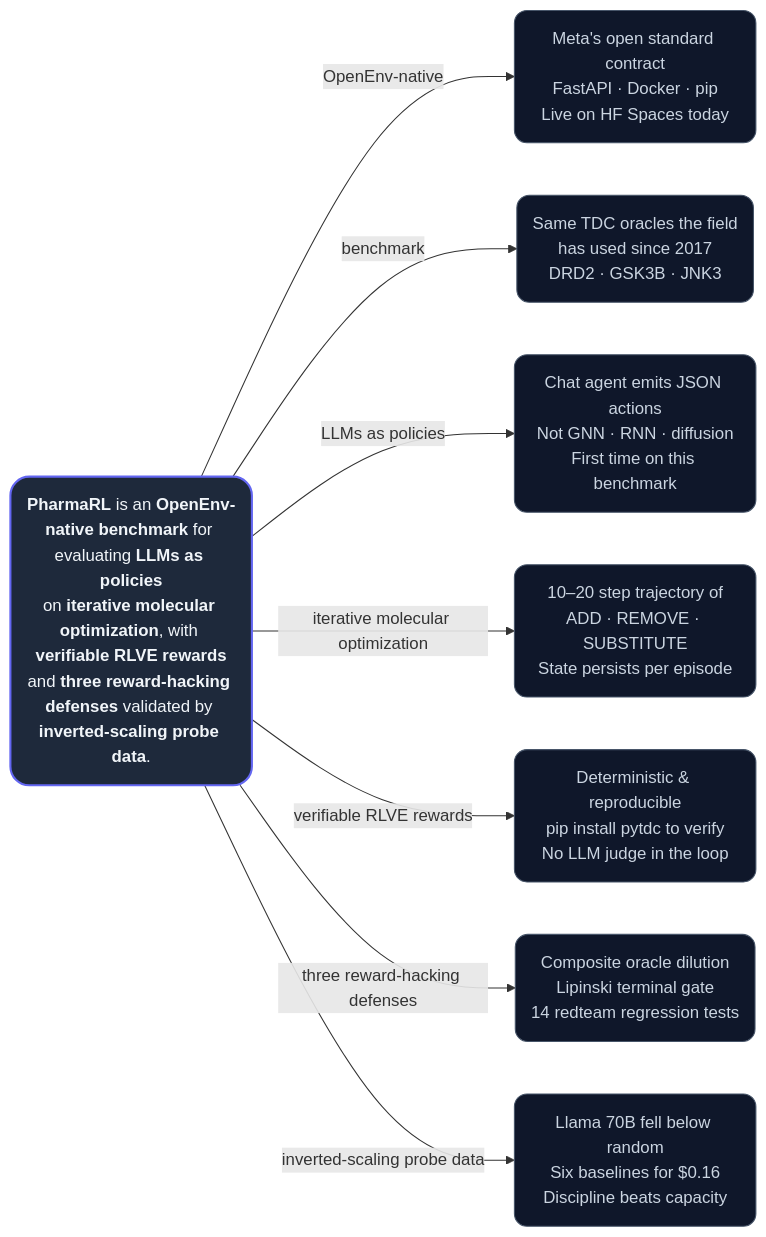
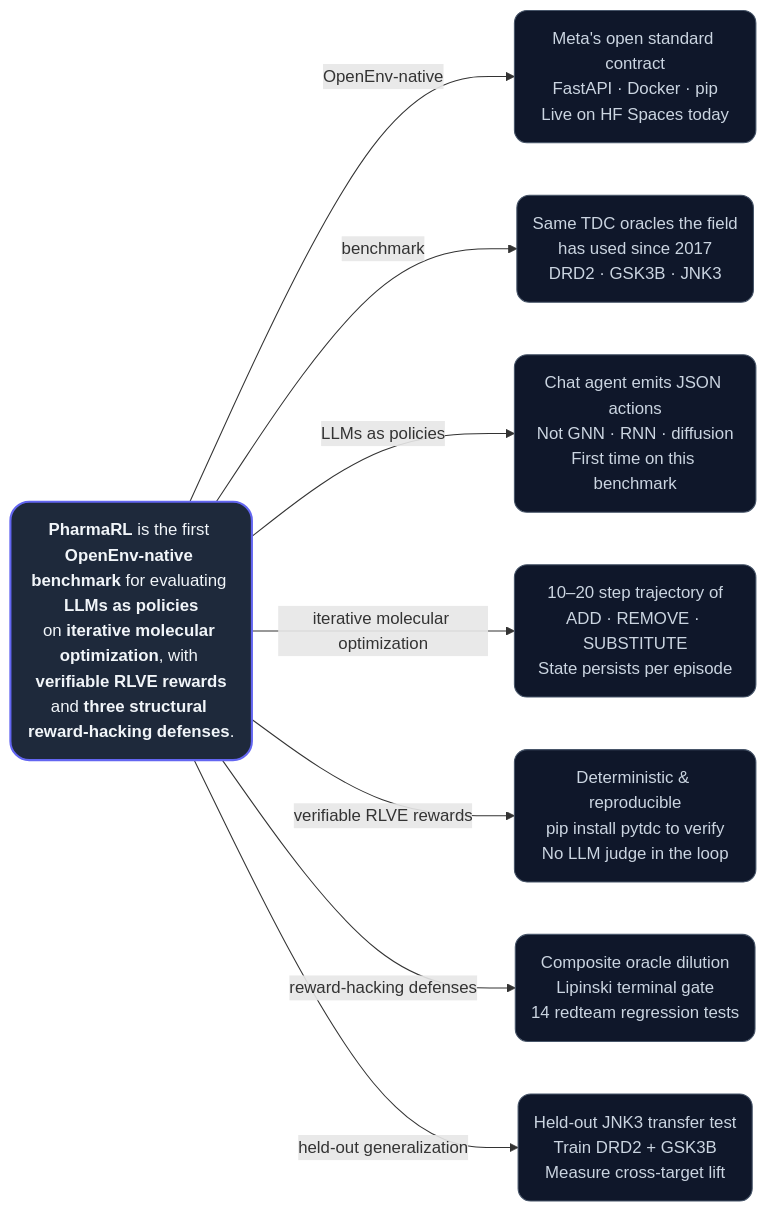
Before and after one commit to AnshumanAtrey/pharmarl: the first of 2 diagrams in README.md, drawn with Mermaid. The commit also changed other lines of this file, not shown here.

````diff
--- a/README.md
+++ b/README.md
@@ -19,25 +19,25 @@
 ```mermaid
 flowchart LR
-    THESIS("<b>PharmaRL</b> is an <b>OpenEnv-native benchmark</b> for evaluating <b>LLMs as policies</b><br/>on <b>iterative molecular optimization</b>, with <b>verifiable RLVE rewards</b><br/>and <b>three reward-hacking defenses</b> validated by <b>inverted-scaling probe data</b>.")
+    THESIS("<b>PharmaRL</b> is the first <b>OpenEnv-native benchmark</b> for evaluating <b>LLMs as policies</b><br/>on <b>iterative molecular optimization</b>, with <b>verifiable RLVE rewards</b><br/>and <b>three structural reward-hacking defenses</b>.")
 
     A("Meta's open standard contract<br/>FastAPI · Docker · pip<br/>Live on HF Spaces today")
     B("Same TDC oracles the field<br/>has used since 2017<br/>DRD2 · GSK3B · JNK3")
     C("Chat agent emits JSON actions<br/>Not GNN · RNN · diffusion<br/>First time on this benchmark")
     D("10–20 step trajectory of<br/>ADD · REMOVE · SUBSTITUTE<br/>State persists per episode")
     E("Deterministic & reproducible<br/>pip install pytdc to verify<br/>No LLM judge in the loop")
     F("Composite oracle dilution<br/>Lipinski terminal gate<br/>14 redteam regression tests")
-    G("Llama 70B fell below random<br/>Six baselines for $0.16<br/>Discipline beats capacity")
+    G("Held-out JNK3 transfer test<br/>Train DRD2 + GSK3B<br/>Measure cross-target lift")
 
     THESIS -->|"OpenEnv-native"| A
     THESIS -->|"benchmark"| B
     THESIS -->|"LLMs as policies"| C
     THESIS -->|"iterative molecular optimization"| D
     THESIS -->|"verifiable RLVE rewards"| E
-    THESIS -->|"three reward-hacking defenses"| F
-    THESIS -->|"inverted-scaling probe data"| G
+    THESIS -->|"reward-hacking defenses"| F
+    THESIS -->|"held-out generalization"| G
 
     classDef thesis fill:#1e293b,stroke:#6366f1,stroke-width:2px,color:#f1f5f9,rx:18,ry:18;
     classDef leaf fill:#0f172a,stroke:#475569,stroke-width:1px,color:#cbd5e1,rx:12,ry:12;
     class THESIS thesis;
     class A,B,C,D,E,F,G leaf;
 ```
````
